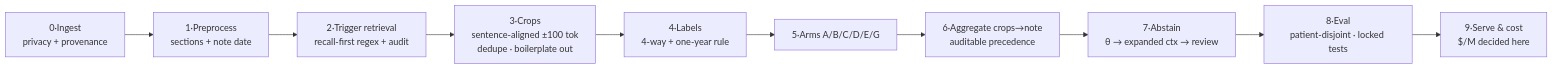
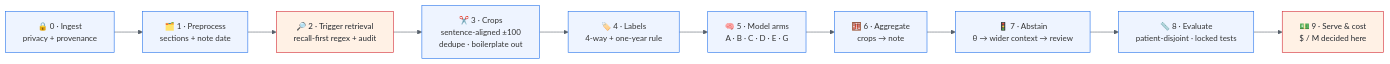
The diagram in README.md (laxmideepak/finetune), drawn with Mermaid before and after one commit. The commit also changed other lines of this file and 17 other files, not shown here.

````diff
--- a/README.md
+++ b/README.md
@@ -28,12 +68,16 @@
 ```mermaid
+%%{init: {'theme':'base','themeVariables':{'primaryColor':'#eef4ff','primaryBorderColor':'#1f6feb','lineColor':'#57606a','fontSize':'14px'}}}%%
 flowchart LR
-    A["0·Ingest<br/>privacy + provenance"] --> B["1·Preprocess<br/>sections + note date"]
-    B --> C["2·Trigger retrieval<br/>recall-first regex + audit"]
-    C --> D["3·Crops<br/>sentence-aligned ±100 tok<br/>dedupe · boilerplate out"]
-    D --> E["4·Labels<br/>4-way + one-year rule"]
-    E --> F["5·Arms A/B/C/D/E/G"]
-    F --> G["6·Aggregate crops→note<br/>auditable precedence"]
-    G --> H["7·Abstain<br/>θ → expanded ctx → review"]
-    H --> I["8·Eval<br/>patient-disjoint · locked tests"]
-    I --> J["9·Serve & cost<br/>$/M decided here"]
+    A["🔒 0 · Ingest<br/>privacy + provenance"] --> B["🗂️ 1 · Preprocess<br/>sections + note date"]
+    B --> C["🔎 2 · Trigger retrieval<br/>recall-first regex + audit"]
+    C --> D["✂️ 3 · Crops<br/>sentence-aligned ±100<br/>dedupe · boilerplate out"]
+    D --> E["🏷️ 4 · Labels<br/>4-way + one-year rule"]
+    E --> F["🧠 5 · Model arms<br/>A · B · C · D · E · G"]
+    F --> G["🧮 6 · Aggregate<br/>crops → note"]
+    G --> H["🚦 7 · Abstain<br/>θ → wider context → review"]
+    H --> I["📏 8 · Evaluate<br/>patient-disjoint · locked tests"]
+    I --> J["💵 9 · Serve & cost<br/>$ / M decided here"]
+
+    classDef hot fill:#fff1e5,stroke:#d1242f,color:#24292f;
+    class C,J hot;
 ```
````
